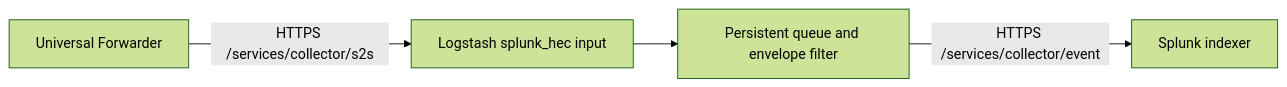
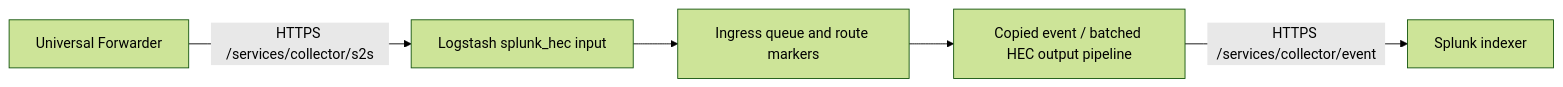
The diagram in docs/uf-logstash-splunk-reference.md (mingsorg/logstash-input-splunk_hec), drawn with Mermaid (forest theme) before and after one commit. The commit also changed other lines of this file and 5 other files, not shown here.

Commit message:
Batch Splunk HEC output in groups of up to 100 events

````diff
--- a/docs/uf-logstash-splunk-reference.md
+++ b/docs/uf-logstash-splunk-reference.md
@@ -20,6 +20,7 @@
 ```mermaid
 flowchart LR
     UF[Universal Forwarder] -->|HTTPS /services/collector/s2s| LS[Logstash splunk_hec input]
-    LS --> PQ[Persistent queue and envelope filter]
-    PQ -->|HTTPS /services/collector/event| IDX[Splunk indexer]
+    LS --> PQ[Ingress queue and route markers]
+    PQ --> OUT[Copied event / batched HEC output pipeline]
+    OUT -->|HTTPS /services/collector/event| IDX[Splunk indexer]
 ```
````
